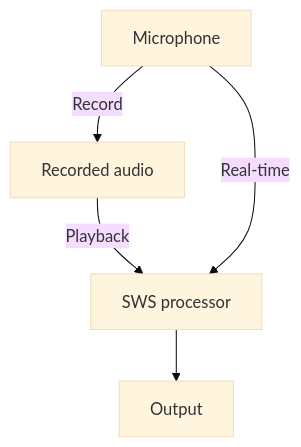
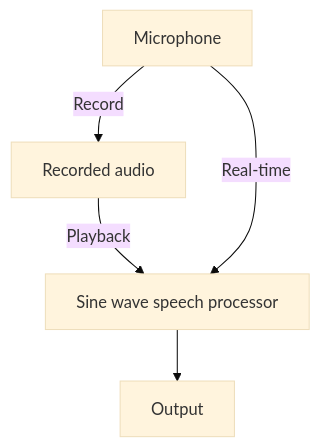
One commit to vvolhejn/vvolhejn.github.io changed the first of 2 diagrams in _posts/2024-11-17-sinewavespeech-com-live.md. Above: the diagram before and after it, drawn with Mermaid (base theme). The commit also changed other lines of this file, not shown here.

Commit message:
Add diagram and links to sections

````diff
--- a/_posts/2024-11-17-sinewavespeech-com-live.md
+++ b/_posts/2024-11-17-sinewavespeech-com-live.md
@@ -117,11 +117,11 @@
 ```mermaid
 flowchart TD
   microphone[Microphone]
   recorded[Recorded audio]
-  sws[SWS processor]
+  sws[Sine wave speech processor]
   output[Output]
   microphone -->|Record| recorded
   recorded -->|Playback| sws
   microphone -->|Real-time| sws
   sws --> output
 ```
````
